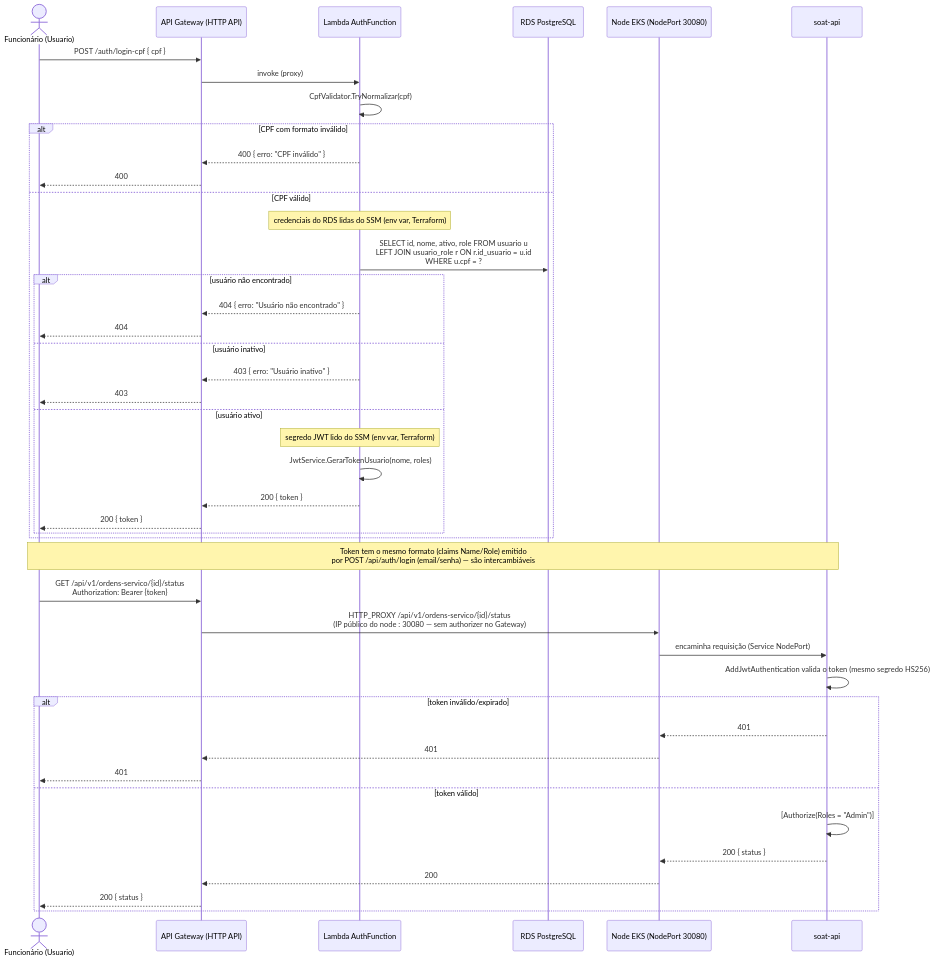
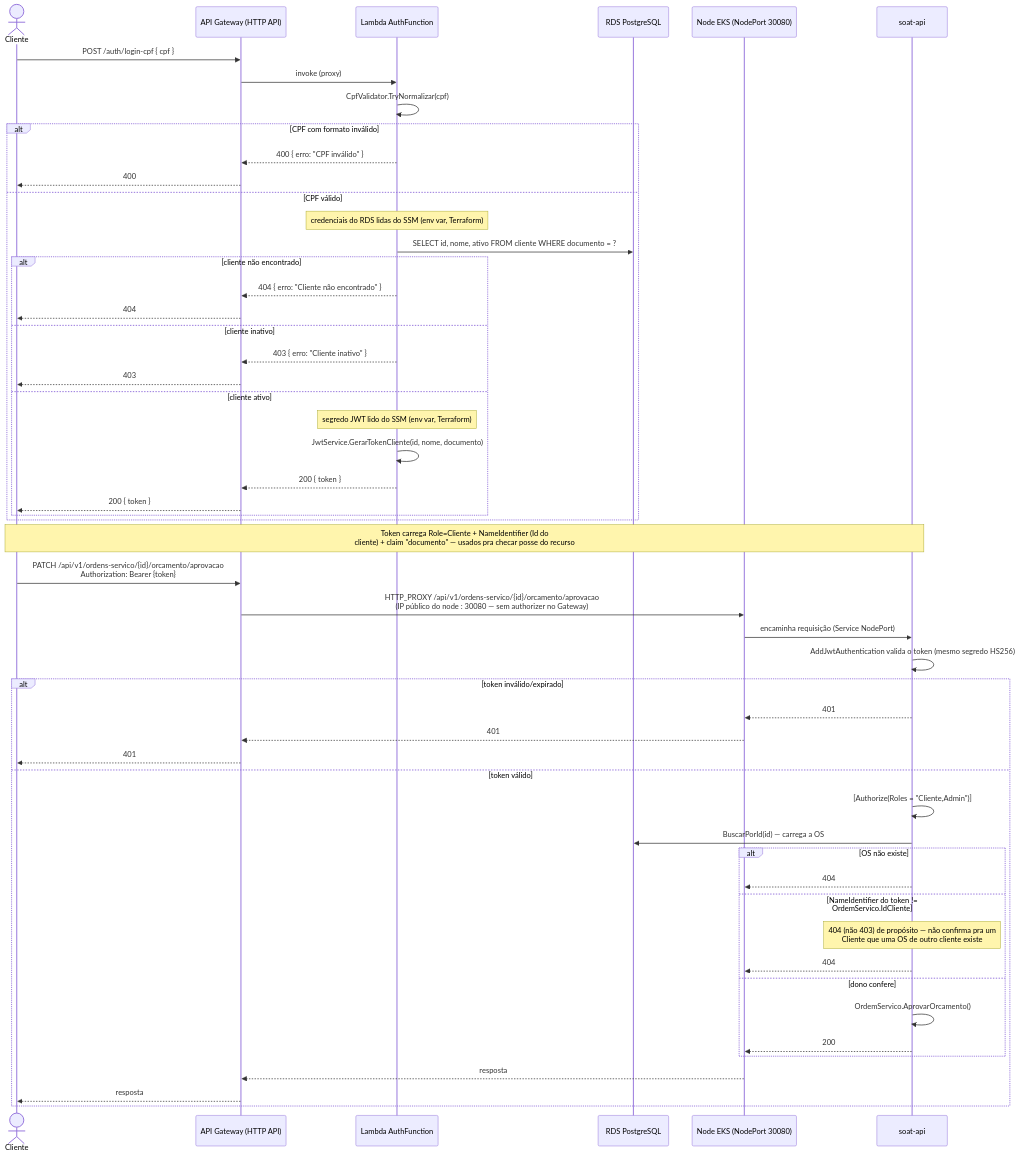
The diagram in docs/sequence-auth-cpf.md (monnclaro/soat-tech-challenge), drawn with Mermaid before and after one commit. The commit also changed other lines of this file and 15 other files, not shown here.

First line of the commit message:
feat: CPF volta a autenticar Cliente, com checagem de dono do recurso

````diff
--- a/docs/sequence-auth-cpf.md
+++ b/docs/sequence-auth-cpf.md
@@ -5,49 +5,58 @@
 ```mermaid
 sequenceDiagram
-    actor Func as Funcionário (Usuario)
+    actor Cliente
     participant GW as API Gateway (HTTP API)
     participant Auth as Lambda AuthFunction
     participant RDS as RDS PostgreSQL
     participant Node as Node EKS (NodePort 30080)
     participant API as soat-api
 
-    Func->>GW: POST /auth/login-cpf { cpf }
+    Cliente->>GW: POST /auth/login-cpf { cpf }
     GW->>Auth: invoke (proxy)
     Auth->>Auth: CpfValidator.TryNormalizar(cpf)
     alt CPF com formato inválido
         Auth-->>GW: 400 { erro: "CPF inválido" }
-        GW-->>Func: 400
+        GW-->>Cliente: 400
     else CPF válido
         Note over Auth: credenciais do RDS lidas do SSM (env var, Terraform)
-        Auth->>RDS: SELECT id, nome, ativo, role FROM usuario u<br/>LEFT JOIN usuario_role r ON r.id_usuario = u.id<br/>WHERE u.cpf = ?
-        alt usuário não encontrado
-            Auth-->>GW: 404 { erro: "Usuário não encontrado" }
-            GW-->>Func: 404
-        else usuário inativo
-            Auth-->>GW: 403 { erro: "Usuário inativo" }
-            GW-->>Func: 403
-        else usuário ativo
+        Auth->>RDS: SELECT id, nome, ativo FROM cliente WHERE documento = ?
+        alt cliente não encontrado
+            Auth-->>GW: 404 { erro: "Cliente não encontrado" }
+            GW-->>Cliente: 404
+        else cliente inativo
+            Auth-->>GW: 403 { erro: "Cliente inativo" }
+            GW-->>Cliente: 403
+        else cliente ativo
             Note over Auth: segredo JWT lido do SSM (env var, Terraform)
-            Auth->>Auth: JwtService.GerarTokenUsuario(nome, roles)
+            Auth->>Auth: JwtService.GerarTokenCliente(id, nome, documento)
             Auth-->>GW: 200 { token }
-            GW-->>Func: 200 { token }
+            GW-->>Cliente: 200 { token }
         end
     end
 
-    Note over Func,API: Token tem o mesmo formato (claims Name/Role) emitido<br/>por POST /api/auth/login (email/senha) — são intercambiáveis
+    Note over Cliente,API: Token carrega Role=Cliente + NameIdentifier (Id do<br/>cliente) + claim "documento" — usados pra checar posse do recurso
 
-    Func->>GW: GET /api/v1/ordens-servico/{id}/status<br/>Authorization: Bearer {token}
-    GW->>Node: HTTP_PROXY /api/v1/ordens-servico/{id}/status<br/>(IP público do node : 30080 — sem authorizer no Gateway)
+    Cliente->>GW: PATCH /api/v1/ordens-servico/{id}/orcamento/aprovacao<br/>Authorization: Bearer {token}
+    GW->>Node: HTTP_PROXY /api/v1/ordens-servico/{id}/orcamento/aprovacao<br/>(IP público do node : 30080 — sem authorizer no Gateway)
     Node->>API: encaminha requisição (Service NodePort)
     API->>API: AddJwtAuthentication valida o token (mesmo segredo HS256)
     alt token inválido/expirado
         API-->>Node: 401
         Node-->>GW: 401
-        GW-->>Func: 401
+        GW-->>Cliente: 401
     else token válido
-        API->>API: [Authorize(Roles = "Admin")]
-        API-->>Node: 200 { status }
-        Node-->>GW: 200
-        GW-->>Func: 200 { status }
+        API->>API: [Authorize(Roles = "Cliente,Admin")]
+        API->>RDS: BuscarPorId(id) — carrega a OS
+        alt OS não existe
+            API-->>Node: 404
+        else NameIdentifier do token != OrdemServico.IdCliente
+            Note over API: 404 (não 403) de propósito — não confirma pra um<br/>Cliente que uma OS de outro cliente existe
+            API-->>Node: 404
+        else dono confere
+            API->>API: OrdemServico.AprovarOrcamento()
+            API-->>Node: 200
+        end
+        Node-->>GW: resposta
+        GW-->>Cliente: resposta
     end
 ```
````
